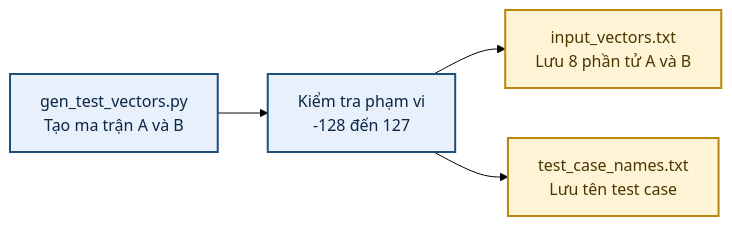
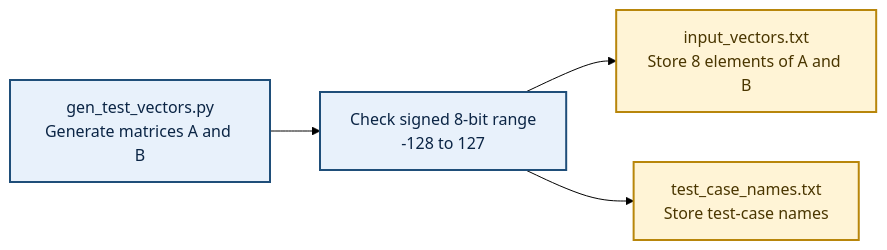
One commit to minhloc203/matrix_mutiplier_2x2 changed the first of 6 diagrams in README.md. Above: the diagram before and after it, drawn with Mermaid (forest theme). The commit also changed other lines of this file, not shown here.

````diff
--- a/README.md
+++ b/README.md
@@ -137,16 +179,16 @@
 ```mermaid
 flowchart LR
-    PY["gen_test_vectors.py<br/>Tạo ma trận A và B"]
-    CHECK["Kiểm tra phạm vi<br/>-128 đến 127"]
-    INPUT["input_vectors.txt<br/>Lưu 8 phần tử A và B"]
-    NAME["test_case_names.txt<br/>Lưu tên test case"]
+    PY["gen_test_vectors.py<br/>Generate matrices A and B"]
+    CHECK["Check signed 8-bit range<br/>-128 to 127"]
+    INPUT["input_vectors.txt<br/>Store 8 elements of A and B"]
+    NAME["test_case_names.txt<br/>Store test-case names"]
 
     PY --> CHECK
     CHECK --> INPUT
     CHECK --> NAME
 
     classDef software fill:#E8F1FB,stroke:#1F4E79,stroke-width:2px,color:#0B2545;
     classDef data fill:#FFF4D6,stroke:#B8860B,stroke-width:2px,color:#4A3600;
     class PY,CHECK software;
     class INPUT,NAME data;
 ```
````
